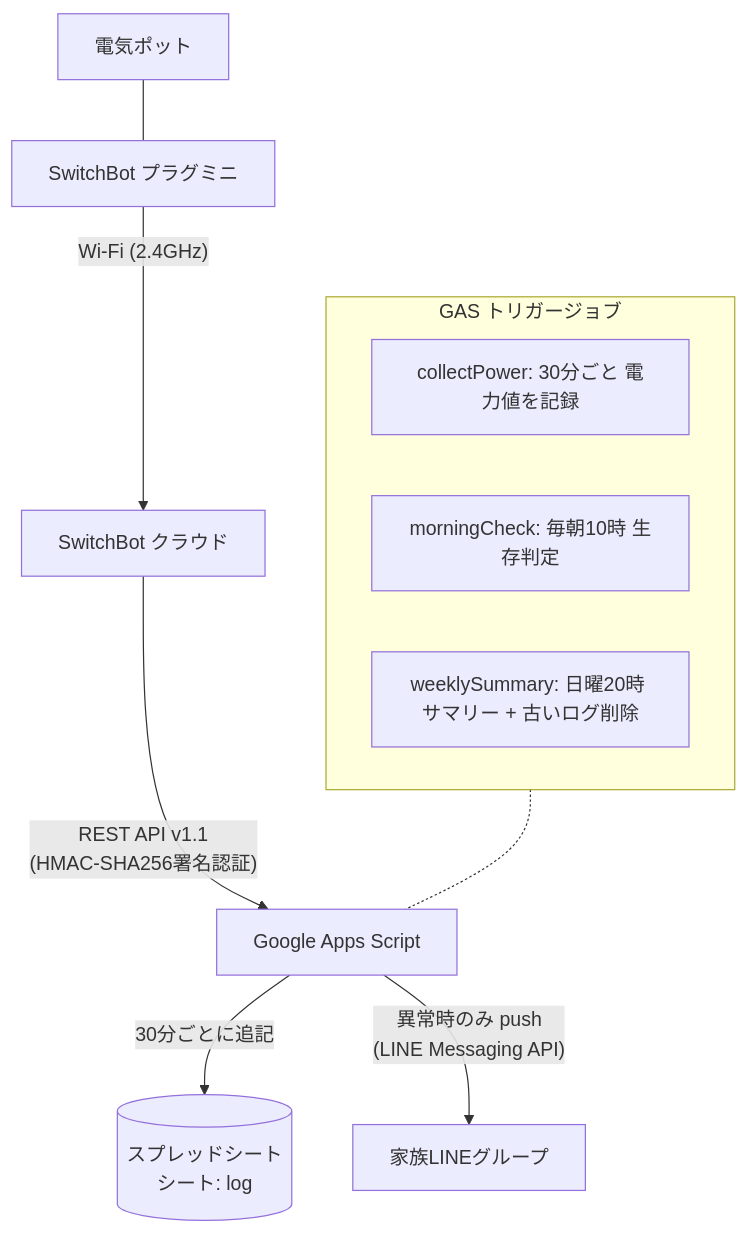
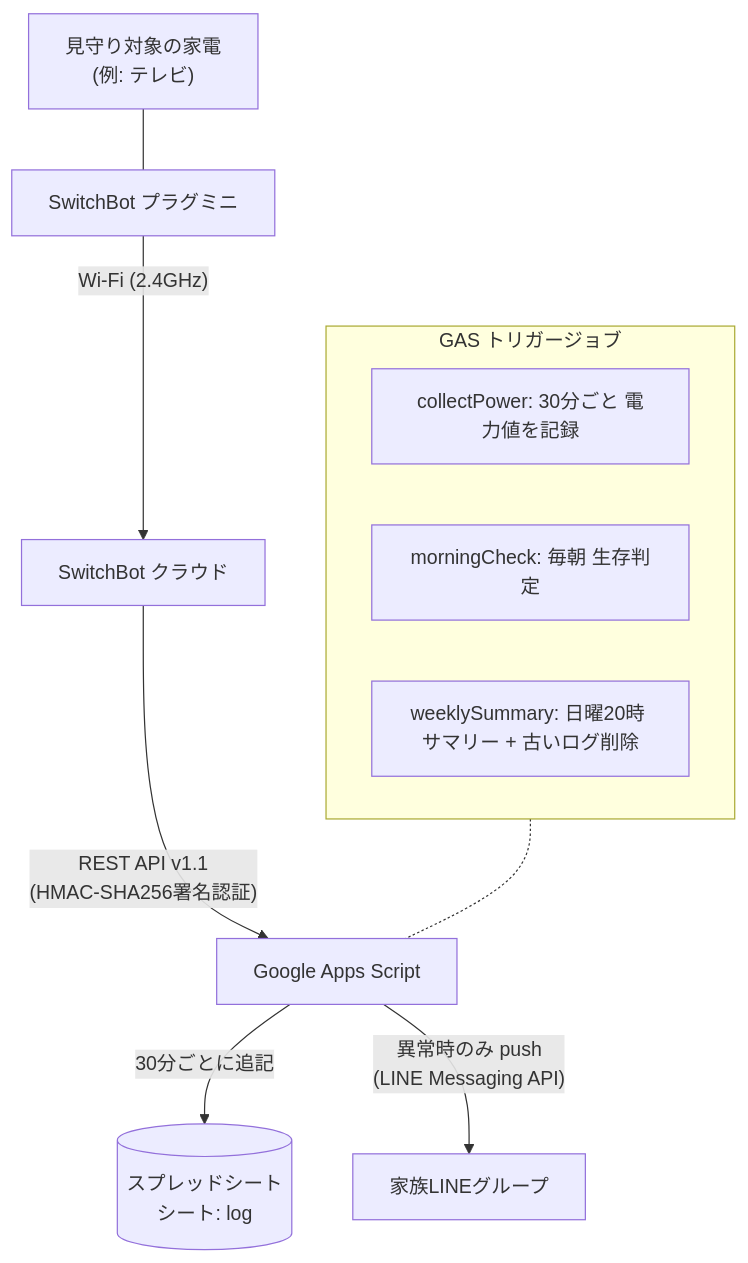
One commit to yomogi-cat/hamuiru changed the diagram in README.md. Above: the diagram before and after it, drawn with Mermaid. The commit also changed other lines of this file and 5 other files, not shown here.

````diff
--- a/README.md
+++ b/README.md
@@ -21,15 +59,15 @@
 ```mermaid
 flowchart TD
-    pot["電気ポット"] --- plug["SwitchBot プラグミニ"]
+    pot["見守り対象の家電<br>(例: テレビ)"] --- plug["SwitchBot プラグミニ"]
     plug -- "Wi-Fi (2.4GHz)" --> cloud["SwitchBot クラウド"]
     cloud -- "REST API v1.1<br>(HMAC-SHA256署名認証)" --> gas["Google Apps Script"]
     gas -- "30分ごとに追記" --> sheet[("スプレッドシート<br>シート: log")]
     gas -- "異常時のみ push<br>(LINE Messaging API)" --> line["家族LINEグループ"]
 
     subgraph gasjobs["GAS トリガージョブ"]
         j1["collectPower: 30分ごと 電力値を記録"]
-        j2["morningCheck: 毎朝10時 生存判定"]
+        j2["morningCheck: 毎朝 生存判定"]
         j3["weeklySummary: 日曜20時 サマリー + 古いログ削除"]
     end
     gasjobs -.- gas
 ```
````
